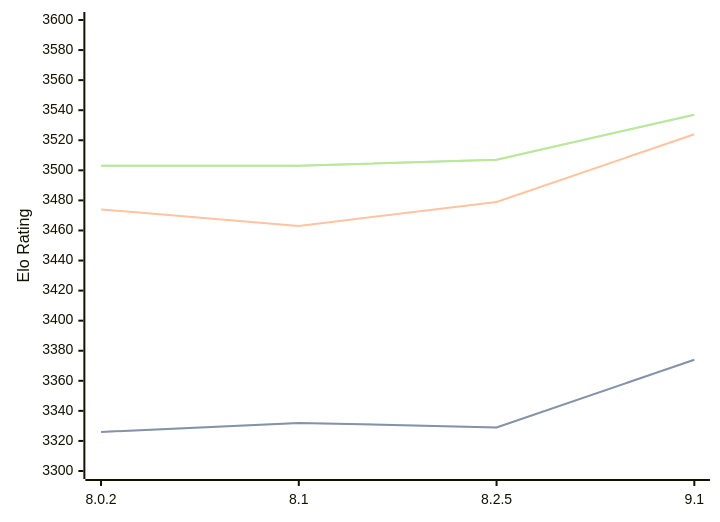
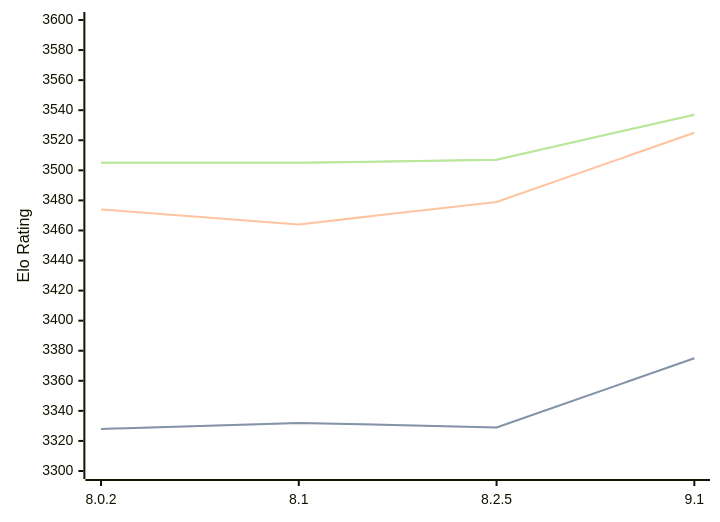
One commit to computer-chess-index/cci changed the third of 3 diagrams in engines/Clover.md. Above: the diagram before and after it, drawn with Mermaid. The commit also changed other lines of this file, not shown here.

Commit message:
Update CCI Ratings (ELO VLTC) - 2026-07-14

````diff
--- a/engines/Clover.md
+++ b/engines/Clover.md
@@ -97,11 +97,11 @@
 ```mermaid
 %%{init: {"theme":"base","themeVariables":{"seriesColors:['#a3a3a3','#222221','#faa371']}}}%%
 xychart-beta
   x-axis ["8.0.2", "8.1", "8.2.5", "9.1"]
   y-axis "Elo Rating" 3300 --> 3600
-  line "STC (8.0+0.08s)" [3326, 3332, 3329, 3374]
-  line "STC (8.0+0.08s)" [3326, 3332, 3329, 3374]
-  line "LTC (60.0+0.60s)" [3474, 3463, 3479, 3524]
-  line "VLTC (2m24s+1.12s)" [3503, 3503, 3507, 3537]
-  line "VLTC (2m24s+1.12s)" [3503, 3503, 3507, 3537]
+  line "STC (8.0+0.08s)" [3328, 3332, 3329, 3375]
+  line "STC (8.0+0.08s)" [3328, 3332, 3329, 3375]
+  line "LTC (60.0+0.60s)" [3474, 3464, 3479, 3525]
+  line "VLTC (2m24s+1.12s)" [3505, 3505, 3507, 3537]
+  line "VLTC (2m24s+1.12s)" [3505, 3505, 3507, 3537]
 ```
````
